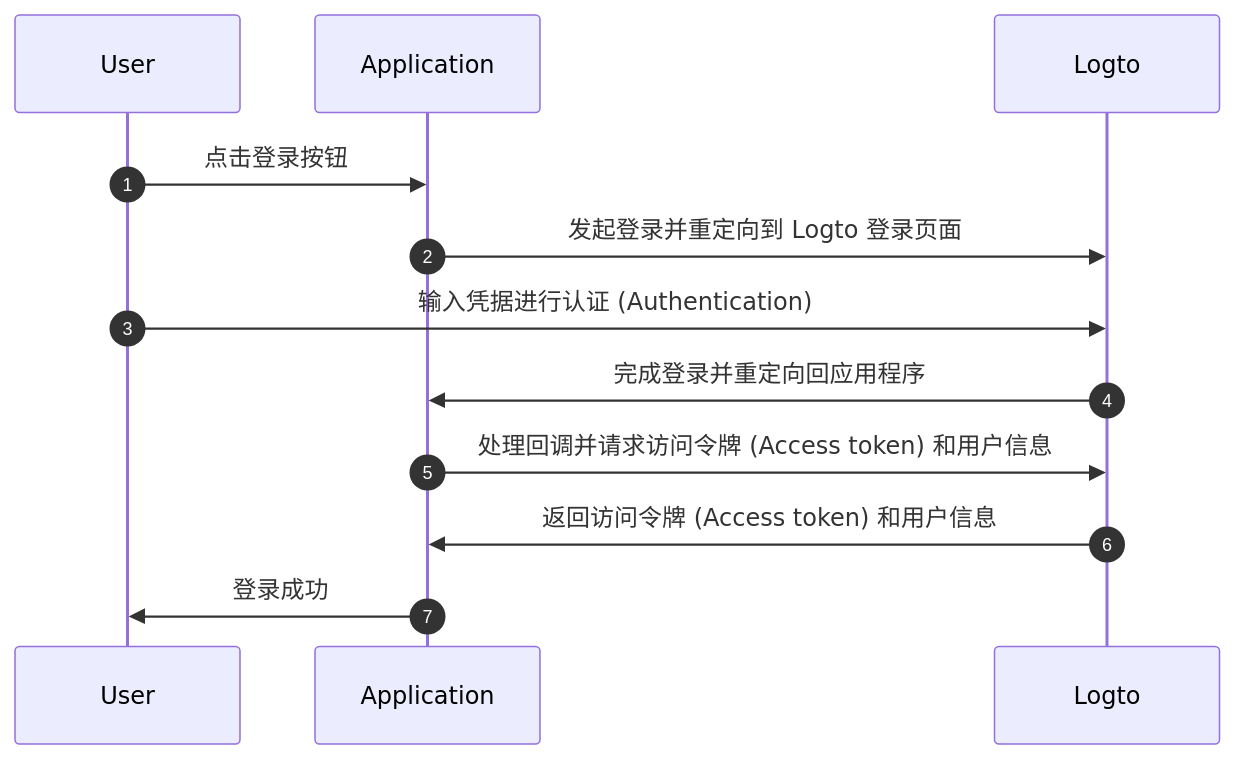
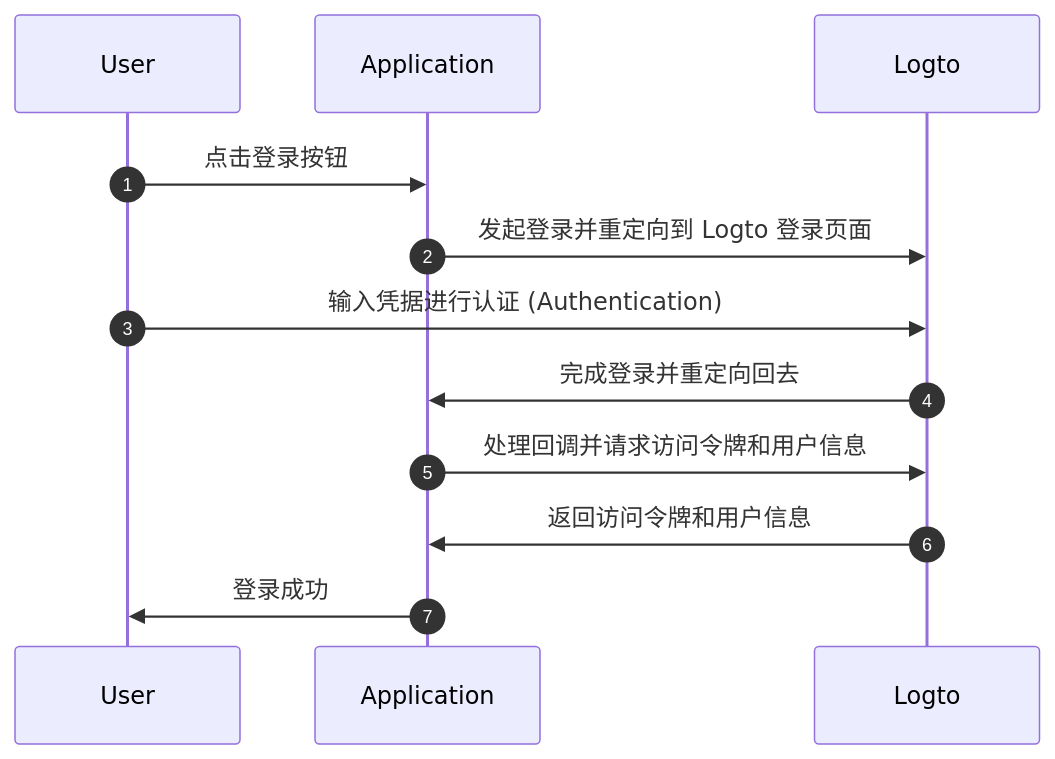
One commit to logto-io/docs changed the first of 2 diagrams in i18n/zh-CN/docusaurus-plugin-content-docs/current/integrate-logto/integrate-logto-into-your-application/understand-authentication-flow.mdx. Above: the diagram before and after it, drawn with Mermaid. The commit also changed other lines of this file and 234 other files, not shown here.

````diff
--- a/i18n/zh-CN/docusaurus-plugin-content-docs/current/integrate-logto/integrate-logto-into-your-application/understand-authentication-flow.mdx
+++ b/i18n/zh-CN/docusaurus-plugin-content-docs/current/integrate-logto/integrate-logto-into-your-application/understand-authentication-flow.mdx
@@ -9,15 +9,15 @@
 ```mermaid
 sequenceDiagram
     autonumber
     participant User
     participant Application
     participant Logto
 
     User->>Application: 点击登录按钮
     Application->>Logto: 发起登录并重定向到 Logto 登录页面
     User->>Logto: 输入凭据进行认证 (Authentication)
-    Logto->>Application: 完成登录并重定向回应用程序
-    Application->>Logto: 处理回调并请求访问令牌 (Access token) 和用户信息
-    Logto->>Application: 返回访问令牌 (Access token) 和用户信息
+    Logto->>Application: 完成登录并重定向回去
+    Application->>Logto: 处理回调并请求访问令牌和用户信息
+    Logto->>Application: 返回访问令牌和用户信息
     Application->>User: 登录成功
 ```
````
